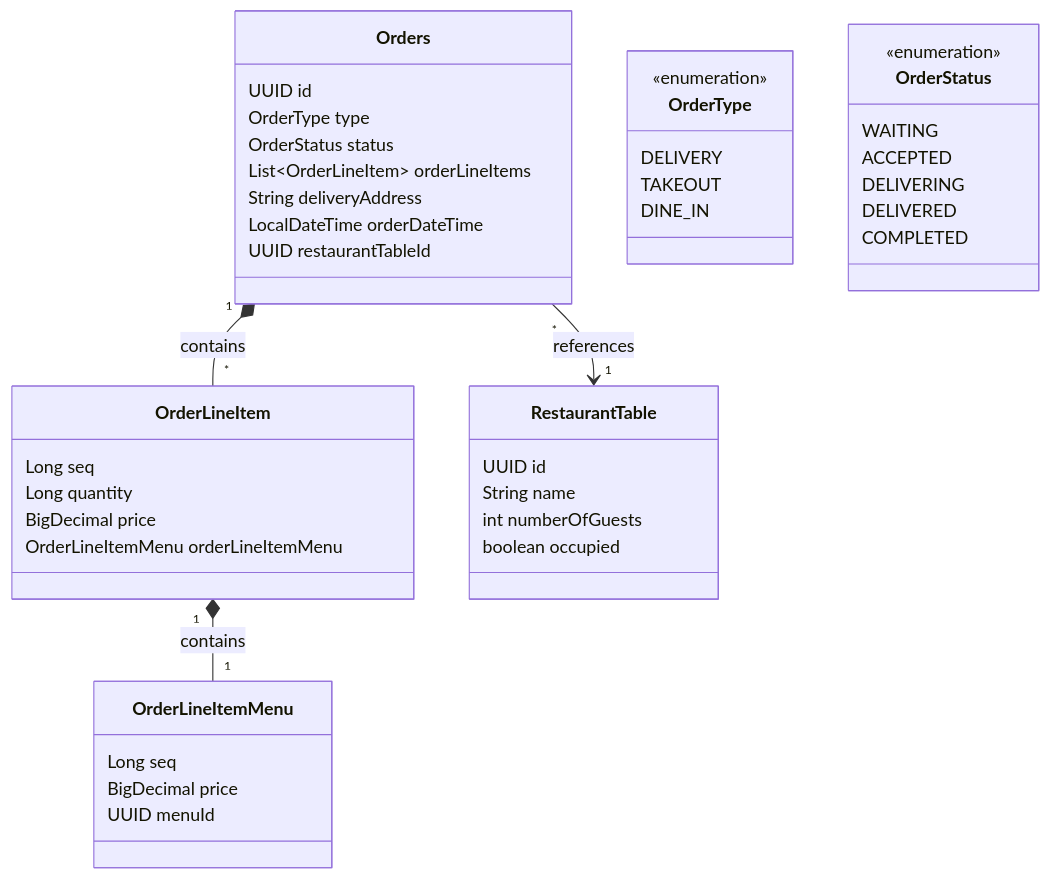
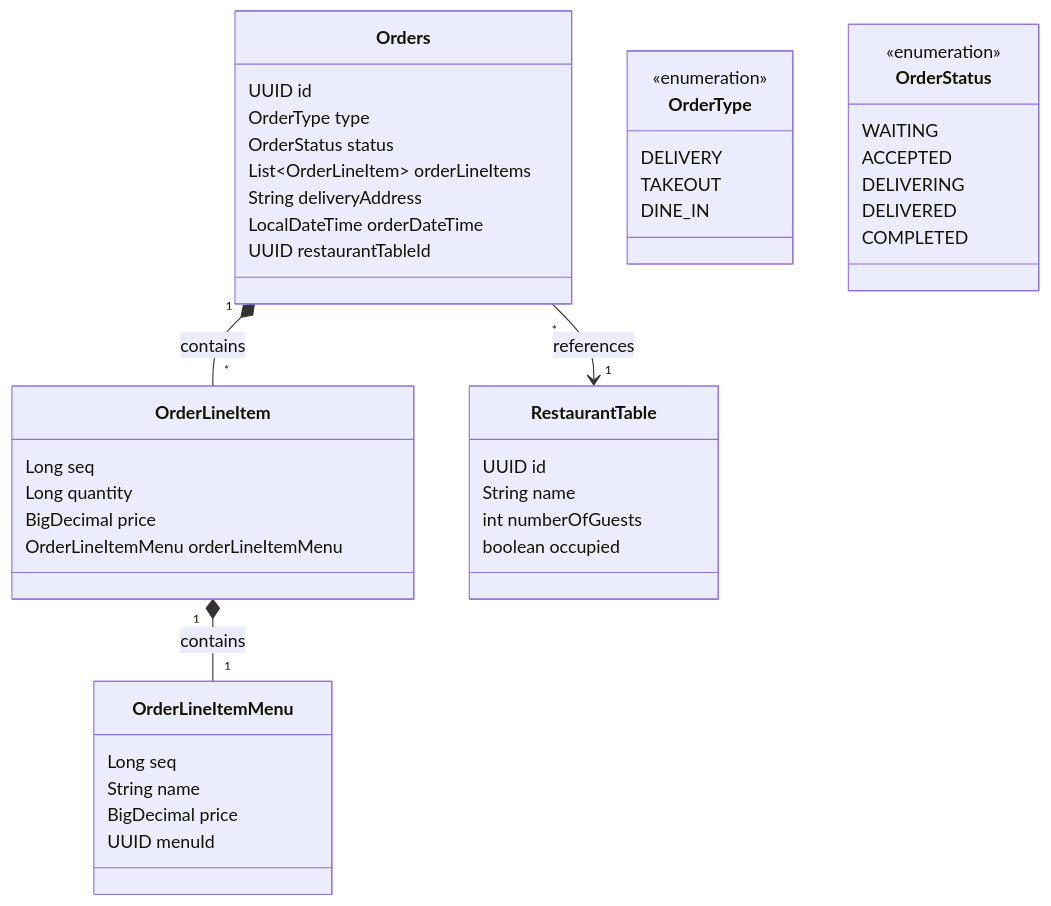
Before and after one commit to next-step/ddd-strategic-design: the fourth of 28 diagrams in README.md, drawn with Mermaid. The commit also changed other lines of this file, not shown here.

````diff
--- a/README.md
+++ b/README.md
@@ -315,55 +316,55 @@
 ```mermaid
 classDiagram
     class Orders {
         UUID id
         OrderType type
         OrderStatus status
         List~OrderLineItem~ orderLineItems
         String deliveryAddress
         LocalDateTime orderDateTime
         UUID restaurantTableId
     }
 
     class OrderLineItem {
         Long seq
         Long quantity
         BigDecimal price
         OrderLineItemMenu orderLineItemMenu
     }
 
     class OrderLineItemMenu {
         Long seq
+        String name
         BigDecimal price
         UUID menuId
     }
 
     class RestaurantTable {
         UUID id
         String name
         int numberOfGuests
         boolean occupied
     }
 
     %% 열거형 정의
     class OrderType {
         <<enumeration>>
         DELIVERY
         TAKEOUT
         DINE_IN
     }
 
     class OrderStatus {
         <<enumeration>>
         WAITING
         ACCEPTED
         DELIVERING
         DELIVERED
         COMPLETED
     }
 
     %% 관계 정의
     Orders "*" --> "1" RestaurantTable : references
     Orders "1" *-- "*" OrderLineItem : contains
     OrderLineItem "1" *-- "1" OrderLineItemMenu : contains
-
 ```
````
